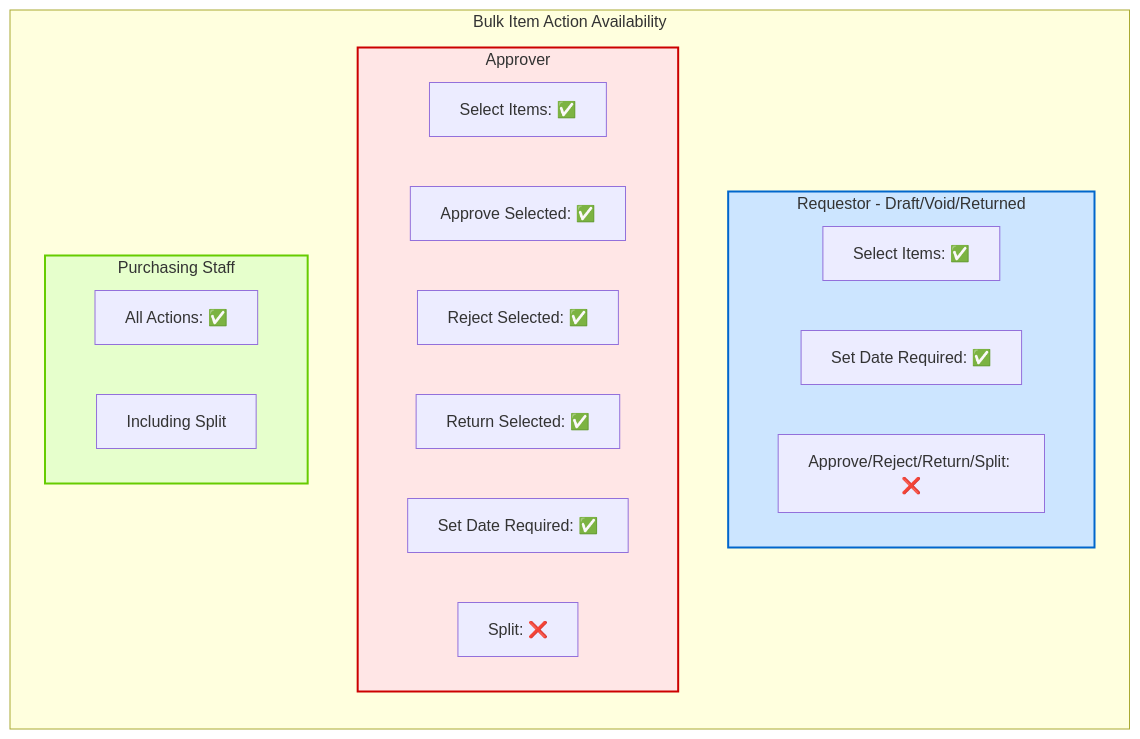
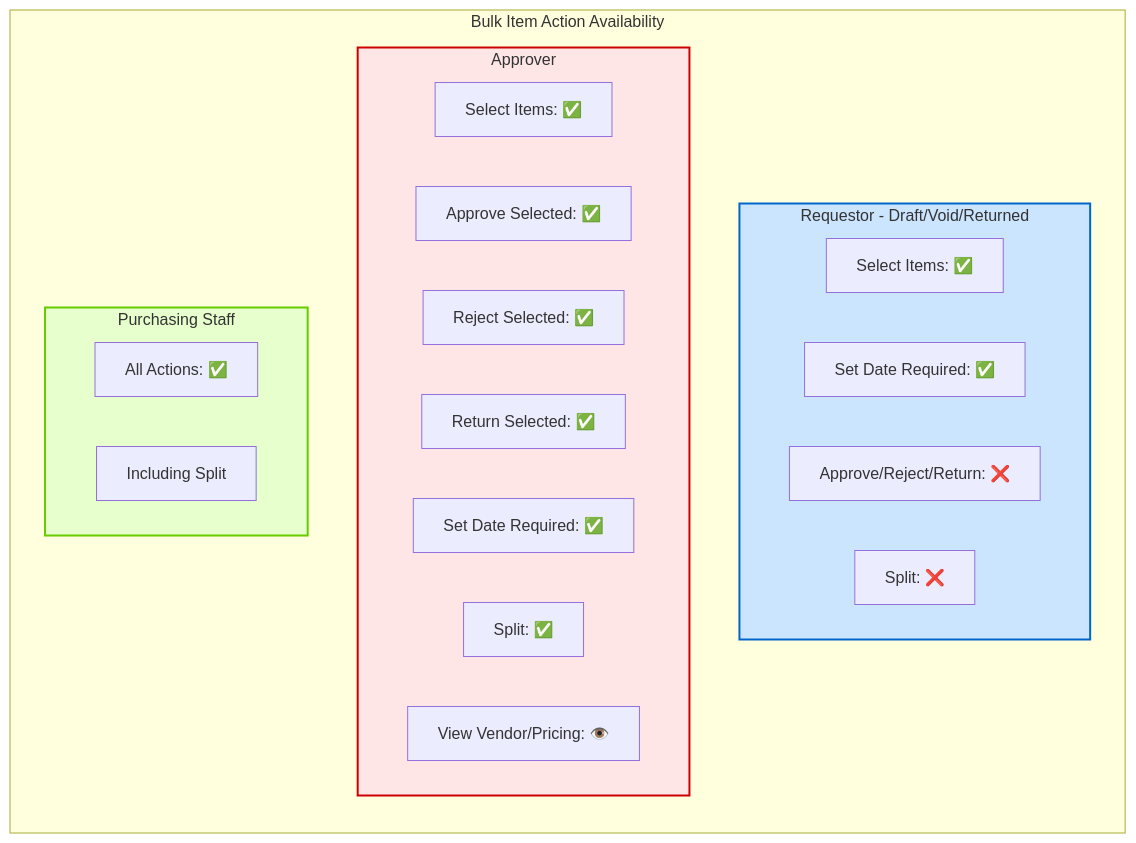
Diagram 18 of 48 in docs/app/procurement/purchase-requests/FD-purchase-requests.md (CarmenSoftware-organization/carmen), drawn with Mermaid before and after one commit. The commit also changed other lines of this file and 23 other files, not shown here.

````diff
--- a/docs/app/procurement/purchase-requests/FD-purchase-requests.md
+++ b/docs/app/procurement/purchase-requests/FD-purchase-requests.md
@@ -844,30 +883,32 @@
 ```mermaid
 flowchart LR
     subgraph ActionMatrix[Bulk Item Action Availability]
         direction TB
 
         subgraph Requestor[Requestor - Draft/Void/Returned]
             R_Select[Select Items: ✅]
             R_SetDate[Set Date Required: ✅]
-            R_Others[Approve/Reject/Return/Split: ❌]
+            R_Others[Approve/Reject/Return: ❌]
+            R_Split[Split: ❌]
         end
 
         subgraph Approver[Approver]
             A_Select[Select Items: ✅]
             A_Approve[Approve Selected: ✅]
             A_Reject[Reject Selected: ✅]
             A_Return[Return Selected: ✅]
             A_SetDate[Set Date Required: ✅]
-            A_Split[Split: ❌]
+            A_Split[Split: ✅]
+            A_View[View Vendor/Pricing: 👁️]
         end
 
         subgraph Purchasing[Purchasing Staff]
             P_All[All Actions: ✅]
             P_Note[Including Split]
         end
     end
 
     style Requestor fill:#cce5ff,stroke:#0066cc,stroke-width:2px
     style Approver fill:#ffe6e6,stroke:#cc0000,stroke-width:2px
     style Purchasing fill:#e6ffcc,stroke:#66cc00,stroke-width:2px
 ```
````
